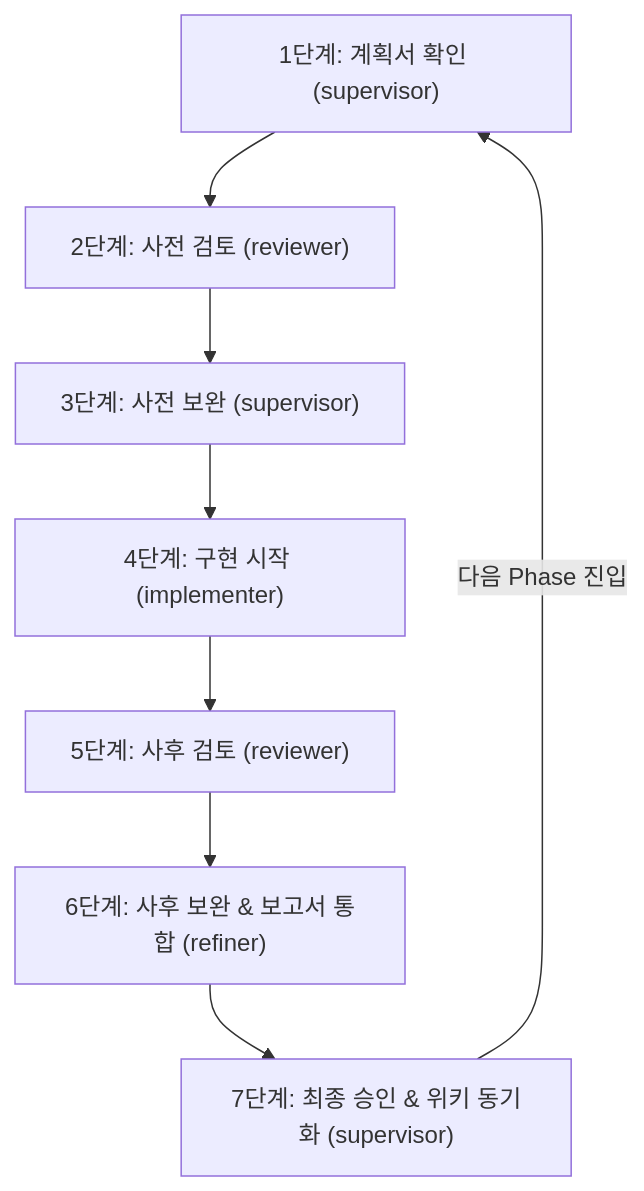
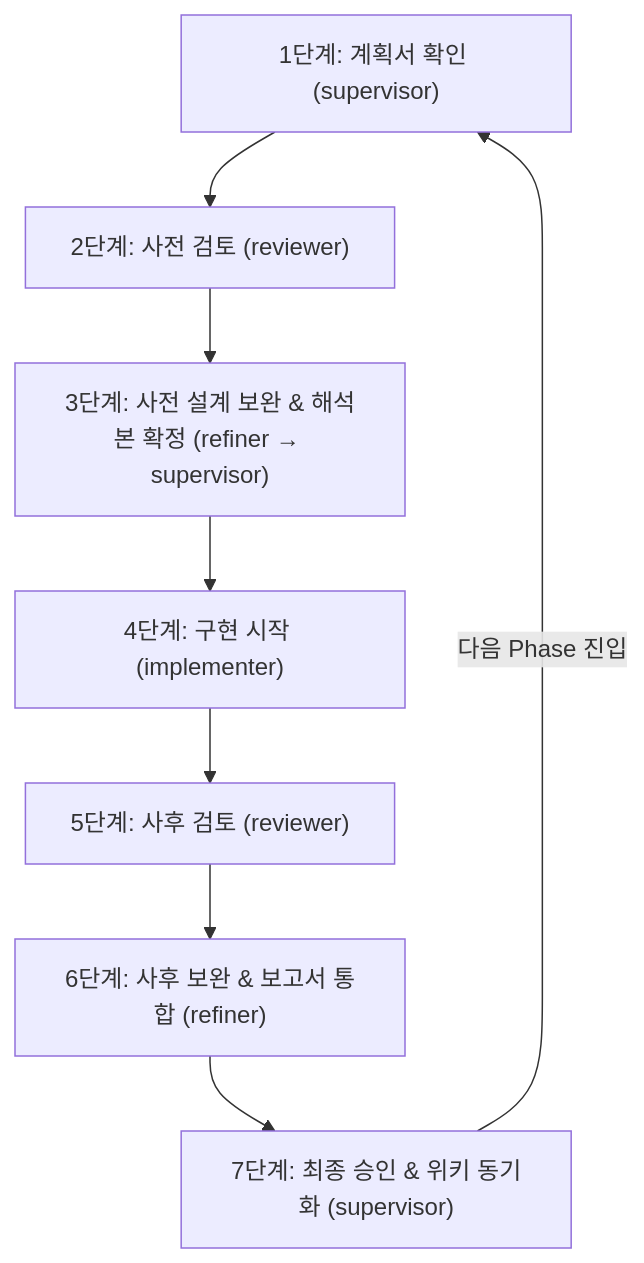
One commit to Hashil3503/Talklite changed the diagram in docs/멀티-에이전트-마일스톤-개발-업무지침서.md. Above: the diagram before and after it, drawn with Mermaid. The commit also changed other lines of this file, not shown here.

````diff
--- a/docs/멀티-에이전트-마일스톤-개발-업무지침서.md
+++ b/docs/멀티-에이전트-마일스톤-개발-업무지침서.md
@@ -58,10 +71,10 @@
 ```mermaid
 graph TD
     S1["1단계: 계획서 확인 (supervisor)"] --> S2["2단계: 사전 검토 (reviewer)"]
-    S2 --> S3["3단계: 사전 보완 (supervisor)"]
+    S2 --> S3["3단계: 사전 설계 보완 & 해석본 확정 (refiner → supervisor)"]
     S3 --> S4["4단계: 구현 시작 (implementer)"]
     S4 --> S5["5단계: 사후 검토 (reviewer)"]
     S5 --> S6["6단계: 사후 보완 & 보고서 통합 (refiner)"]
     S6 --> S7["7단계: 최종 승인 & 위키 동기화 (supervisor)"]
     S7 -->|다음 Phase 진입| S1
 ```
````
